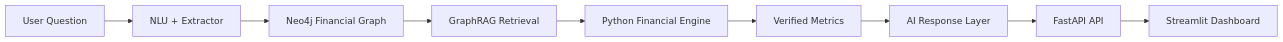
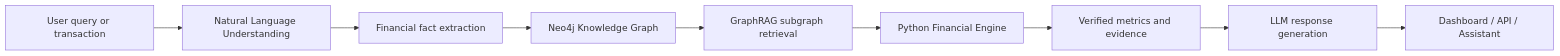
One commit to ShlokMishra01/Fintech-assistant-model-with-neo4j-and-Python changed the diagram in README.md. Above: the diagram before and after it, drawn with Mermaid. The commit also changed other lines of this file, not shown here.

````diff
--- a/README.md
+++ b/README.md
@@ -35,11 +77,11 @@
 ```mermaid
 flowchart LR
-    A[User Question] --> B[NLU + Extractor]
-    B --> C[Neo4j Financial Graph]
-    C --> D[GraphRAG Retrieval]
-    D --> E[Python Financial Engine]
-    E --> F[Verified Metrics]
-    F --> G[AI Response Layer]
-    G --> H[FastAPI API]
-    H --> I[Streamlit Dashboard]
+    A[User query or transaction] --> B[Natural Language Understanding]
+    B --> C[Financial fact extraction]
+    C --> D[Neo4j Knowledge Graph]
+    D --> E[GraphRAG subgraph retrieval]
+    E --> F[Python Financial Engine]
+    F --> G[Verified metrics and evidence]
+    G --> H[LLM response generation]
+    H --> I[Dashboard / API / Assistant]
 ```
````
